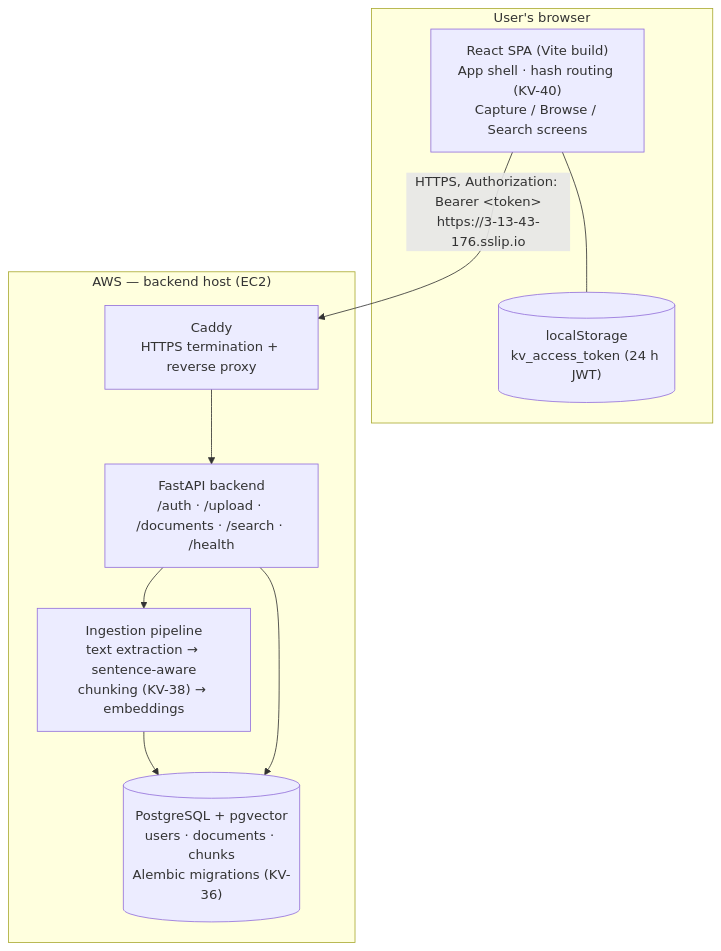
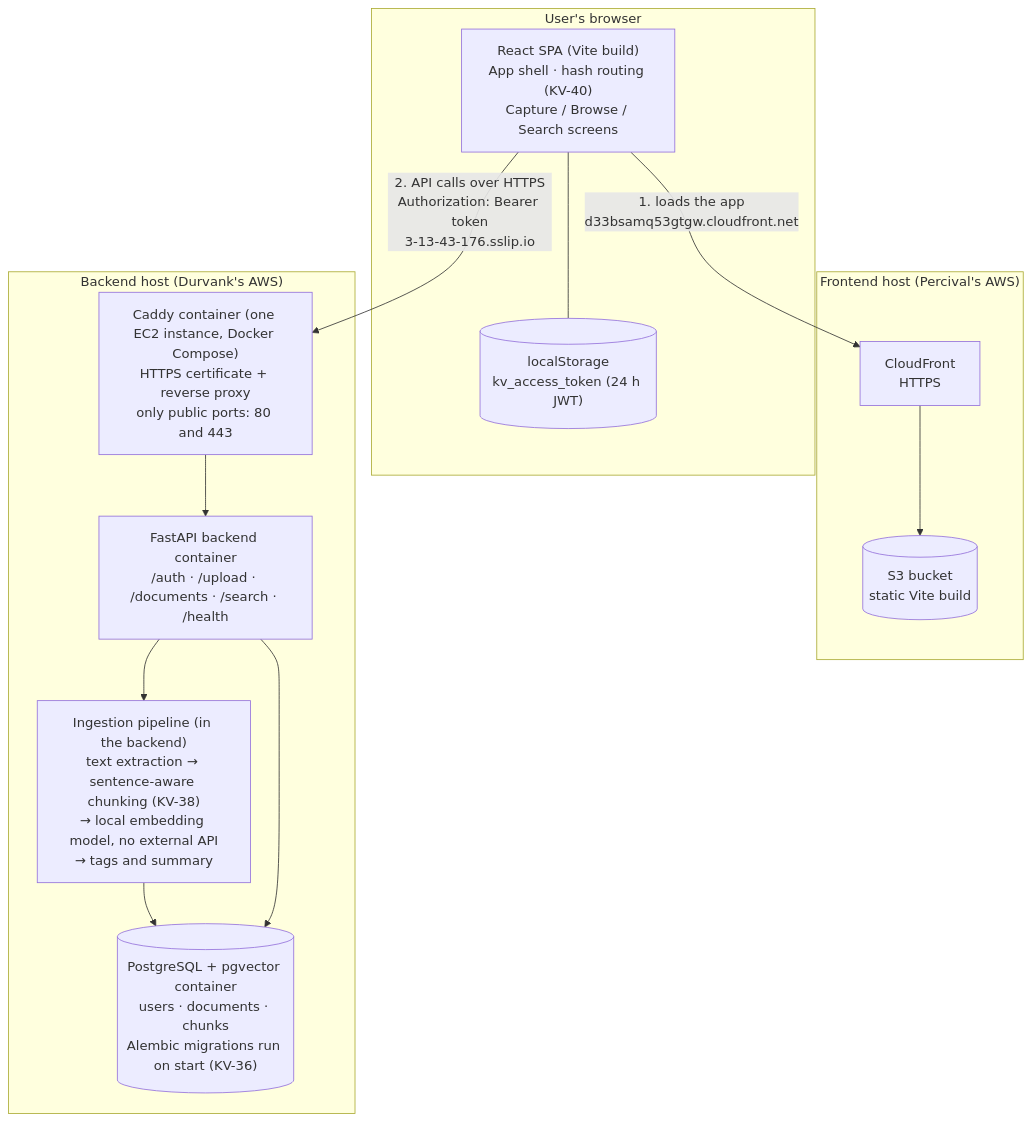
The diagram in docs/architecture.md (falcon883/knowledgevault), drawn with Mermaid before and after one commit. The commit also changed other lines of this file and 6 other files, not shown here.

First line of the commit message:
KV-45: architecture doc and diagram, refresh docs, drop placeholder CI job

````diff
--- a/docs/architecture.md
+++ b/docs/architecture.md
@@ -21,21 +26,28 @@
 ```mermaid
 flowchart TB
     subgraph Browser["User's browser"]
         SPA["React SPA (Vite build)<br/>App shell · hash routing (KV-40)<br/>Capture / Browse / Search screens"]
         LS[("localStorage<br/>kv_access_token (24 h JWT)")]
         SPA --- LS
     end
 
-    subgraph AWS["AWS — backend host (EC2)"]
-        CADDY["Caddy<br/>HTTPS termination + reverse proxy"]
-        API["FastAPI backend<br/>/auth · /upload · /documents · /search · /health"]
-        CHUNK["Ingestion pipeline<br/>text extraction → sentence-aware<br/>chunking (KV-38) → embeddings"]
-        DB[("PostgreSQL + pgvector<br/>users · documents · chunks<br/>Alembic migrations (KV-36)")]
+    subgraph FEHOST["Frontend host (Percival's AWS)"]
+        CF["CloudFront<br/>HTTPS"]
+        S3[("S3 bucket<br/>static Vite build")]
+        CF --> S3
+    end
+
+    subgraph AWS["Backend host (Durvank's AWS)"]
+        CADDY["Caddy container (one EC2 instance, Docker Compose)<br/>HTTPS certificate + reverse proxy<br/>only public ports: 80 and 443"]
+        API["FastAPI backend container<br/>/auth · /upload · /documents · /search · /health"]
+        CHUNK["Ingestion pipeline (in the backend)<br/>text extraction → sentence-aware chunking (KV-38)<br/>→ local embedding model, no external API<br/>→ tags and summary"]
+        DB[("PostgreSQL + pgvector container<br/>users · documents · chunks<br/>Alembic migrations run on start (KV-36)")]
         CADDY --> API
         API --> CHUNK
         CHUNK --> DB
         API --> DB
     end
 
-    SPA -- "HTTPS, Authorization: Bearer &lt;token&gt;<br/>https://3-13-43-176.sslip.io" --> CADDY
+    SPA -- "1. loads the app<br/>d33bsamq53gtgw.cloudfront.net" --> CF
+    SPA -- "2. API calls over HTTPS<br/>Authorization: Bearer token<br/>3-13-43-176.sslip.io" --> CADDY
 ```
````
